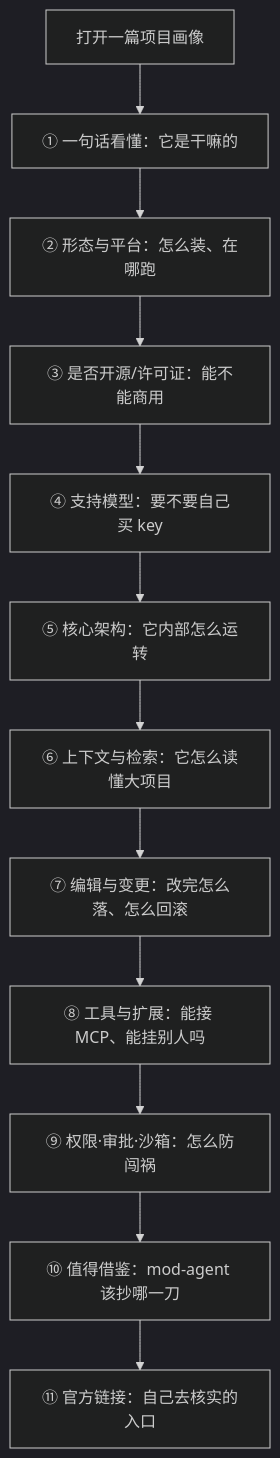
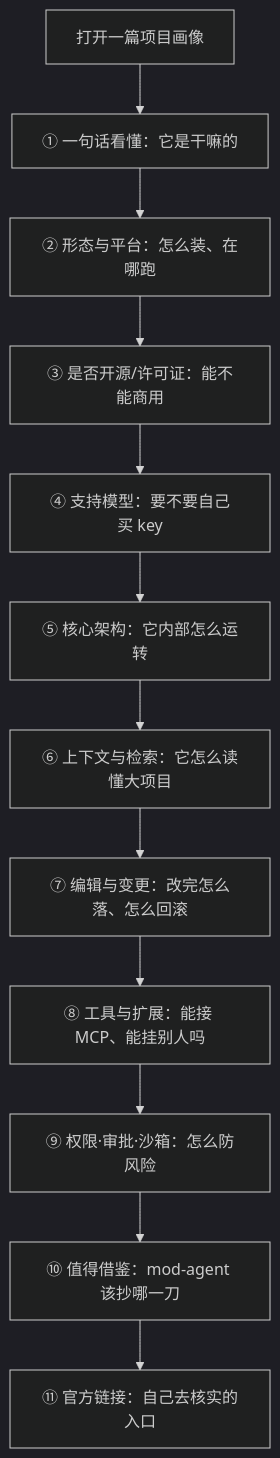
One commit to OPQ741/mod-agent changed the third of 3 diagrams in docs/coding-agents.md. Above: the diagram before and after it, drawn with Mermaid (dark theme). The commit also changed other lines of this file and 17 other files, not shown here.

````diff
--- a/docs/coding-agents.md
+++ b/docs/coding-agents.md
@@ -77,14 +77,14 @@
 ```mermaid
 flowchart TD
     S["打开一篇项目画像"] --> Q1["① 一句话看懂：它是干嘛的"]
     Q1 --> Q2["② 形态与平台：怎么装、在哪跑"]
     Q2 --> Q3["③ 是否开源/许可证：能不能商用"]
     Q3 --> Q4["④ 支持模型：要不要自己买 key"]
     Q4 --> Q5["⑤ 核心架构：它内部怎么运转"]
     Q5 --> Q6["⑥ 上下文与检索：它怎么读懂大项目"]
     Q6 --> Q7["⑦ 编辑与变更：改完怎么落、怎么回滚"]
     Q7 --> Q8["⑧ 工具与扩展：能接 MCP、能挂别人吗"]
-    Q8 --> Q9["⑨ 权限·审批·沙箱：怎么防闯祸"]
+    Q8 --> Q9["⑨ 权限·审批·沙箱：怎么防风险"]
     Q9 --> Q10["⑩ 值得借鉴：mod-agent 该抄哪一刀"]
     Q10 --> Q11["⑪ 官方链接：自己去核实的入口"]
 ```
````
